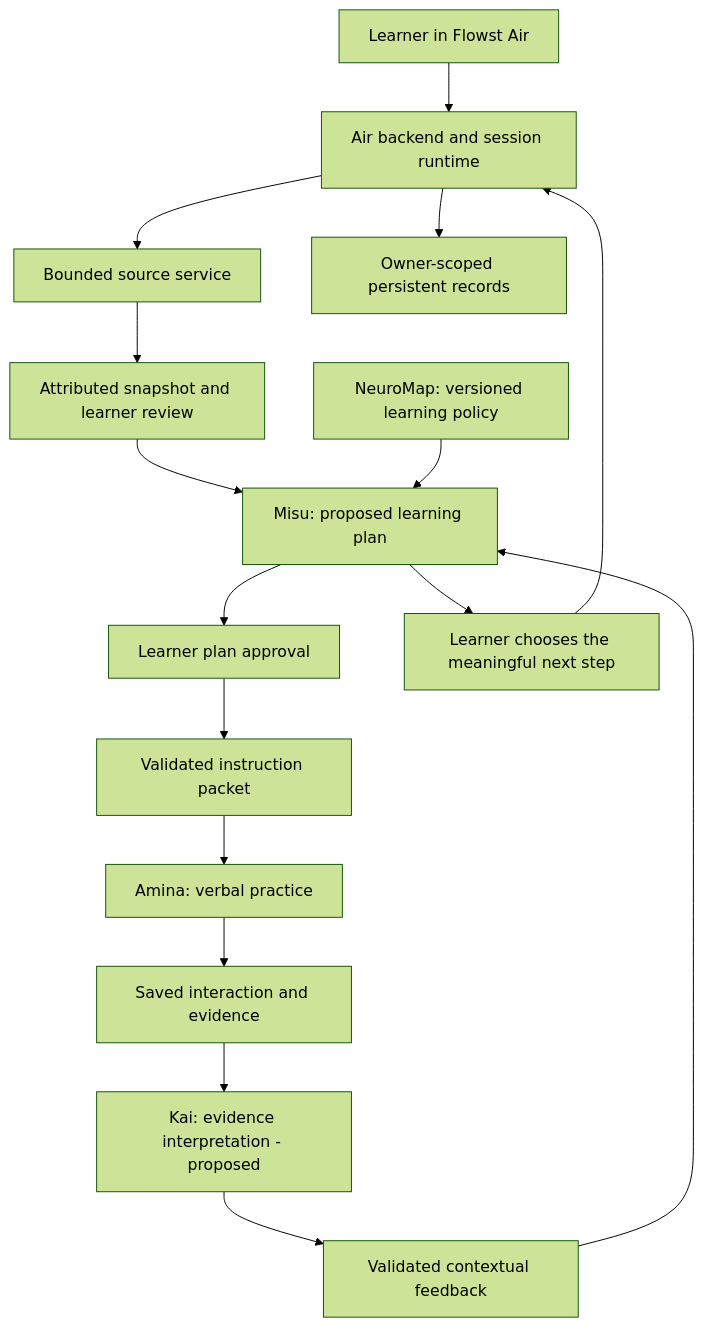
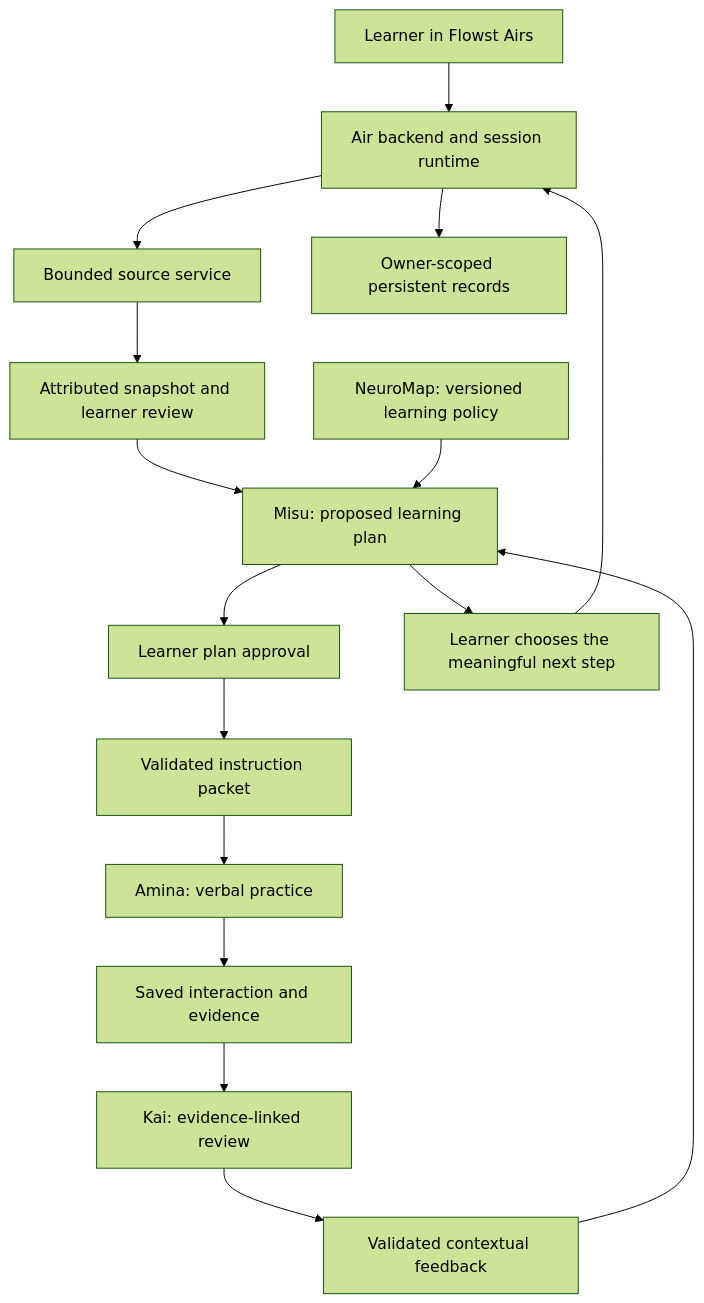
One commit to estheticallybawo/flowst-air changed the diagram in docs/design-docs/flowst-air-system-design.md. Above: the diagram before and after it, drawn with Mermaid (forest theme). The commit also changed other lines of this file and 95 other files, not shown here.

Commit message:
\Add contextual Misu planning, Amina practice and Kai evidence reviews\

````diff
--- a/docs/design-docs/flowst-air-system-design.md
+++ b/docs/design-docs/flowst-air-system-design.md
@@ -34,18 +34,18 @@
 ```mermaid
 flowchart TD
-  U[Learner in Flowst Air] --> B[Air backend and session runtime]
+  U[Learner in Flowst Airs] --> B[Air backend and session runtime]
   B --> S[Bounded source service]
   S --> R[Attributed snapshot and learner review]
   R --> M[Misu: proposed learning plan]
   N[NeuroMap: versioned learning policy] --> M
   M --> P[Learner plan approval]
   P --> C[Validated instruction packet]
   C --> A[Amina: verbal practice]
   A --> E[Saved interaction and evidence]
-  E --> K[Kai: evidence interpretation - proposed]
+  E --> K[Kai: evidence-linked review]
   K --> F[Validated contextual feedback]
   F --> M
   M --> Q[Learner chooses the meaningful next step]
   Q --> B
   B --> D[Owner-scoped persistent records]
 ```
````
